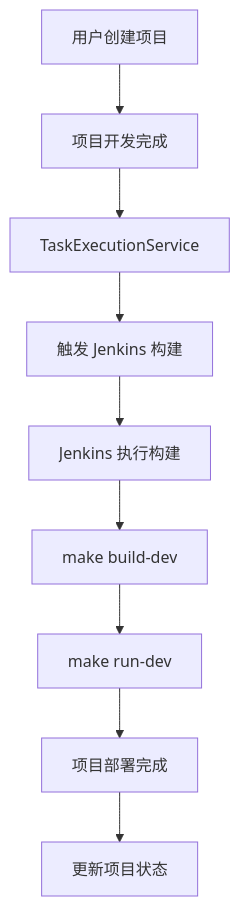
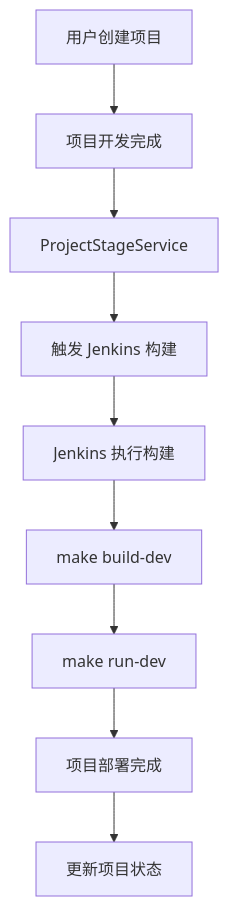
Before and after one commit to lighthought/app-maker: the diagram in backend/docs/Jenkins_Integration_Guide.md, drawn with Mermaid. The commit also changed other lines of this file and 7 other files, not shown here.

````diff
--- a/backend/docs/Jenkins_Integration_Guide.md
+++ b/backend/docs/Jenkins_Integration_Guide.md
@@ -9,11 +9,11 @@
 ```mermaid
 graph TB
     A[用户创建项目] --> B[项目开发完成]
-    B --> C[TaskExecutionService]
+    B --> C[ProjectStageService]
     C --> D[触发 Jenkins 构建]
     D --> E[Jenkins 执行构建]
     E --> F[make build-dev]
     F --> G[make run-dev]
     G --> H[项目部署完成]
     H --> I[更新项目状态]
 ```
````
